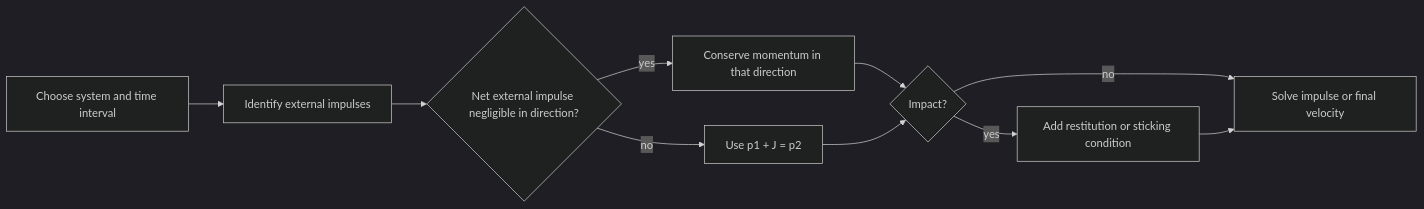
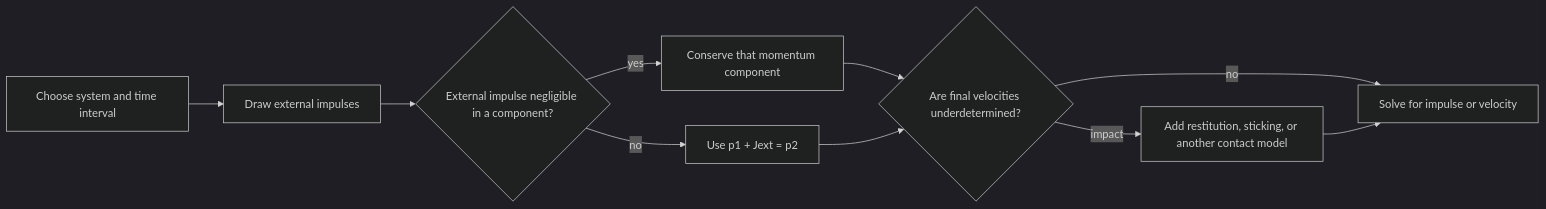
The diagram in docs/physics/mechanics/impulse-momentum-impact.md (justinbrianhwang/SJ-wiki), drawn with Mermaid (dark theme) before and after one commit. The commit also changed other lines of this file and 166 other files, not shown here.

````diff
--- a/docs/physics/mechanics/impulse-momentum-impact.md
+++ b/docs/physics/mechanics/impulse-momentum-impact.md
@@ -116,12 +80,12 @@
 ```mermaid
 flowchart LR
-  A[Choose system and time interval] --> B[Identify external impulses]
-  B --> C{"Net external impulse negligible in direction?"}
-  C -->|yes| D[Conserve momentum in that direction]
-  C -->|no| E["Use p1 + J = p2"]
-  D --> F{"Impact?"}
+  A["Choose system and time interval"] --> B["Draw external impulses"]
+  B --> C{"External impulse negligible in a component?"}
+  C -->|yes| D["Conserve that momentum component"]
+  C -->|no| E["Use p1 + Jext = p2"]
+  D --> F{"Are final velocities underdetermined?"}
   E --> F
-  F -->|yes| G[Add restitution or sticking condition]
-  F -->|no| H[Solve impulse or final velocity]
+  F -->|impact| G["Add restitution, sticking, or another contact model"]
+  F -->|no| H["Solve for impulse or velocity"]
   G --> H
 ```
````
